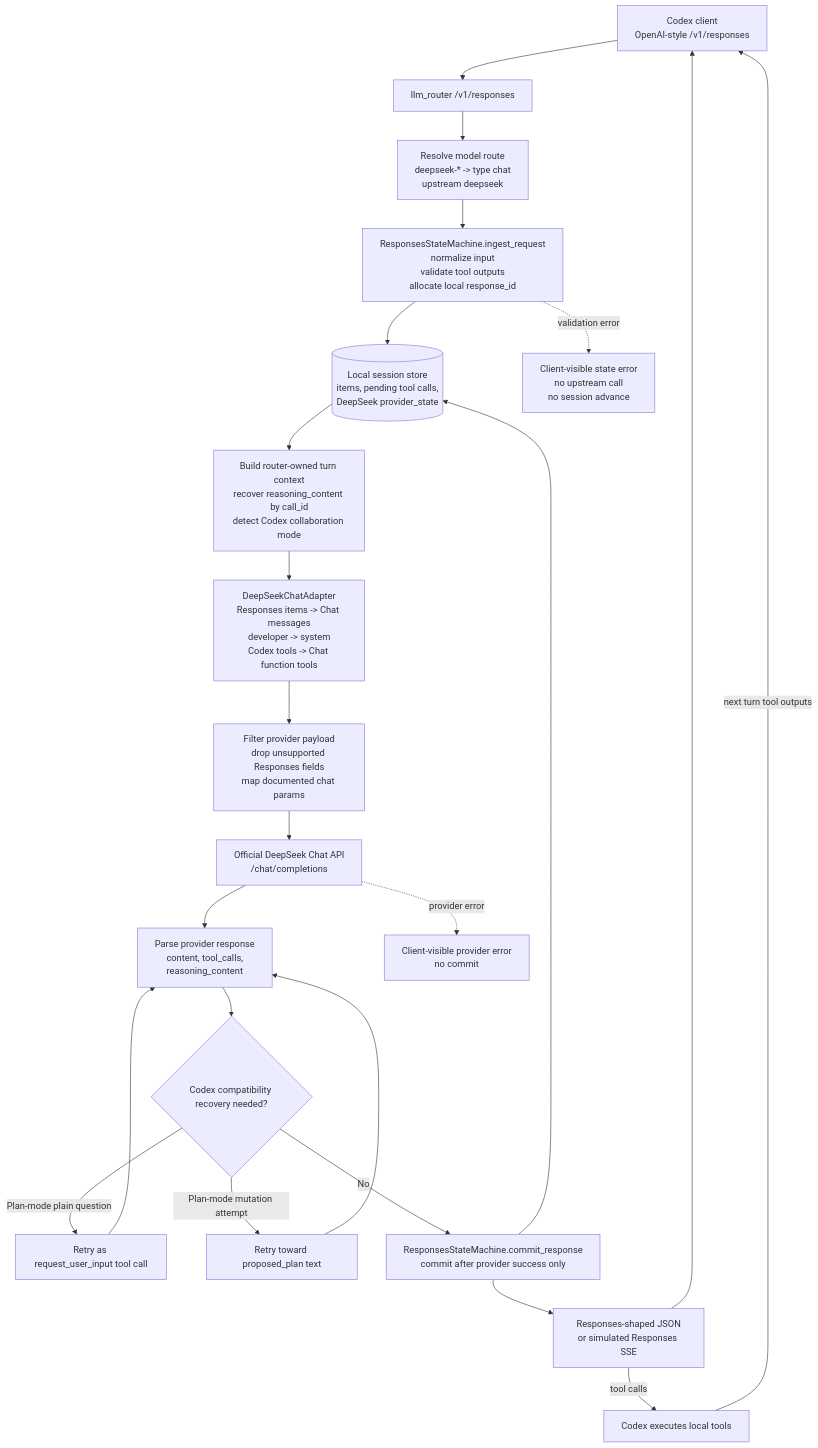
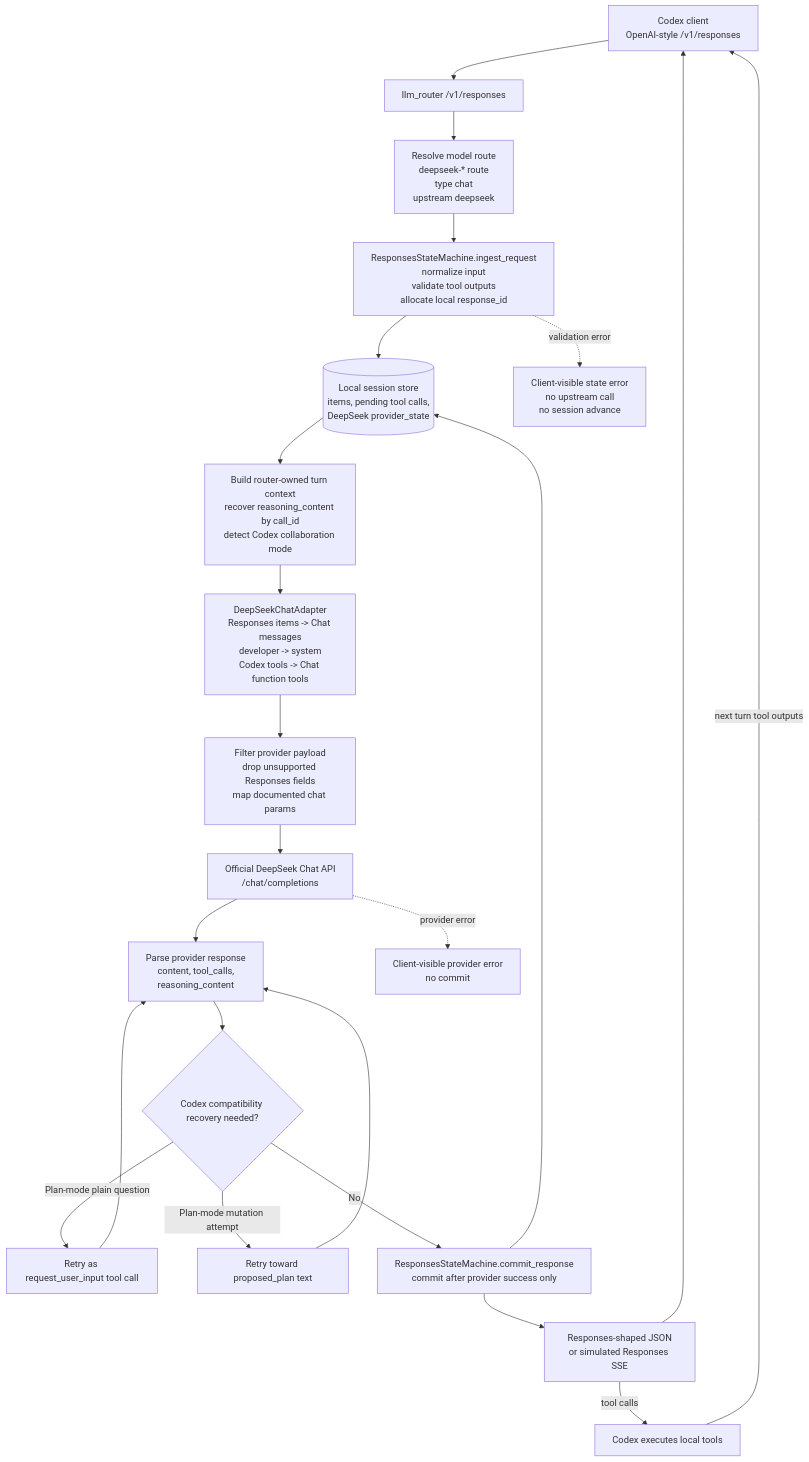
The first of 2 diagrams in README.md (ansatzX/llm_router), drawn with Mermaid before and after one commit. The commit also changed other lines of this file, not shown here.

Commit message:
update: fix mermaid

````diff
--- a/README.md
+++ b/README.md
@@ -61,26 +61,26 @@
 ```mermaid
 flowchart TD
     C[Codex client<br/>OpenAI-style /v1/responses] --> R[llm_router /v1/responses]
-    R --> RESOLVE[Resolve model route<br/>deepseek-* -> type chat<br/>upstream deepseek]
+    R --> RESOLVE[Resolve model route<br/>deepseek-* route<br/>type chat<br/>upstream deepseek]
     RESOLVE --> INGEST[ResponsesStateMachine.ingest_request<br/>normalize input<br/>validate tool outputs<br/>allocate local response_id]
     INGEST --> SESSION[(Local session store<br/>items, pending tool calls,<br/>DeepSeek provider_state)]
     SESSION --> CTX[Build router-owned turn context<br/>recover reasoning_content by call_id<br/>detect Codex collaboration mode]
     CTX --> ADAPT[DeepSeekChatAdapter<br/>Responses items -> Chat messages<br/>developer -> system<br/>Codex tools -> Chat function tools]
     ADAPT --> FILTER[Filter provider payload<br/>drop unsupported Responses fields<br/>map documented chat params]
     FILTER --> DS[Official DeepSeek Chat API<br/>/chat/completions]
     DS --> PARSE[Parse provider response<br/>content, tool_calls,<br/>reasoning_content]
     PARSE --> RECOVER{Codex compatibility recovery needed?}
     RECOVER -->|Plan-mode plain question| RETRY_UI[Retry as request_user_input tool call]
     RECOVER -->|Plan-mode mutation attempt| RETRY_PLAN[Retry toward proposed_plan text]
     RECOVER -->|No| COMMIT[ResponsesStateMachine.commit_response<br/>commit after provider success only]
     RETRY_UI --> PARSE
     RETRY_PLAN --> PARSE
     COMMIT --> SESSION
     COMMIT --> OUT[Responses-shaped JSON<br/>or simulated Responses SSE]
     OUT --> C
     OUT -->|tool calls| TOOLS[Codex executes local tools]
     TOOLS -->|next turn tool outputs| C
 
-    INGEST -. validation error .-> E1[Client-visible state error<br/>no upstream call<br/>no session advance]
-    DS -. provider error .-> E2[Client-visible provider error<br/>no commit]
+    INGEST -.->|validation error| E1[Client-visible state error<br/>no upstream call<br/>no session advance]
+    DS -.->|provider error| E2[Client-visible provider error<br/>no commit]
 ```
````
